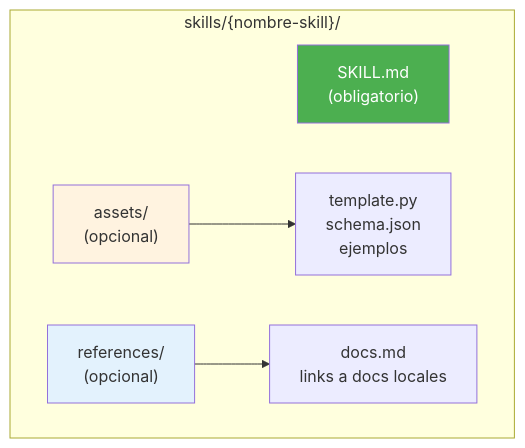
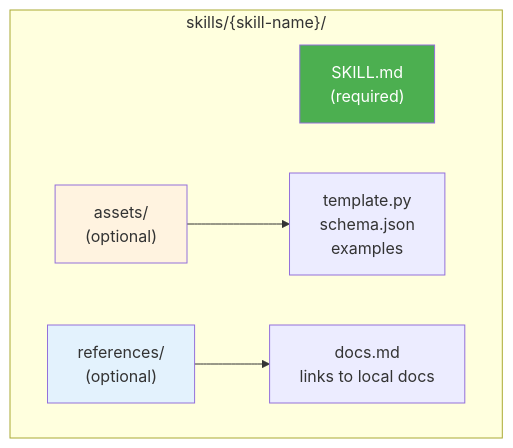
Before and after one commit to elisaul77/Orquestacion_Agentes_claude: the fourth of 8 diagrams in skills/arquitec-dev-ia/SKILL.md, drawn with Mermaid. The commit also changed other lines of this file and 14 other files, not shown here.

````diff
--- a/skills/arquitec-dev-ia/SKILL.md
+++ b/skills/arquitec-dev-ia/SKILL.md
@@ -163,15 +162,15 @@
 ```mermaid
 flowchart TB
-    subgraph SKILL_DIR["skills/{nombre-skill}/"]
-        SKILL_MD["SKILL.md\n(obligatorio)"]
-        ASSETS["assets/\n(opcional)"]
-        REFS["references/\n(opcional)"]
+    subgraph SKILL_DIR["skills/{skill-name}/"]
+        SKILL_MD["SKILL.md\n(required)"]
+        ASSETS["assets/\n(optional)"]
+        REFS["references/\n(optional)"]
 
-        ASSETS --> TMPL["template.py\nschema.json\nejemplos"]
-        REFS --> DOCS["docs.md\nlinks a docs locales"]
+        ASSETS --> TMPL["template.py\nschema.json\nexamples"]
+        REFS --> DOCS["docs.md\nlinks to local docs"]
     end
 
     style SKILL_MD fill:#4caf50,color:#fff
     style ASSETS fill:#fff3e0
     style REFS fill:#e3f2fd
 ```
````
